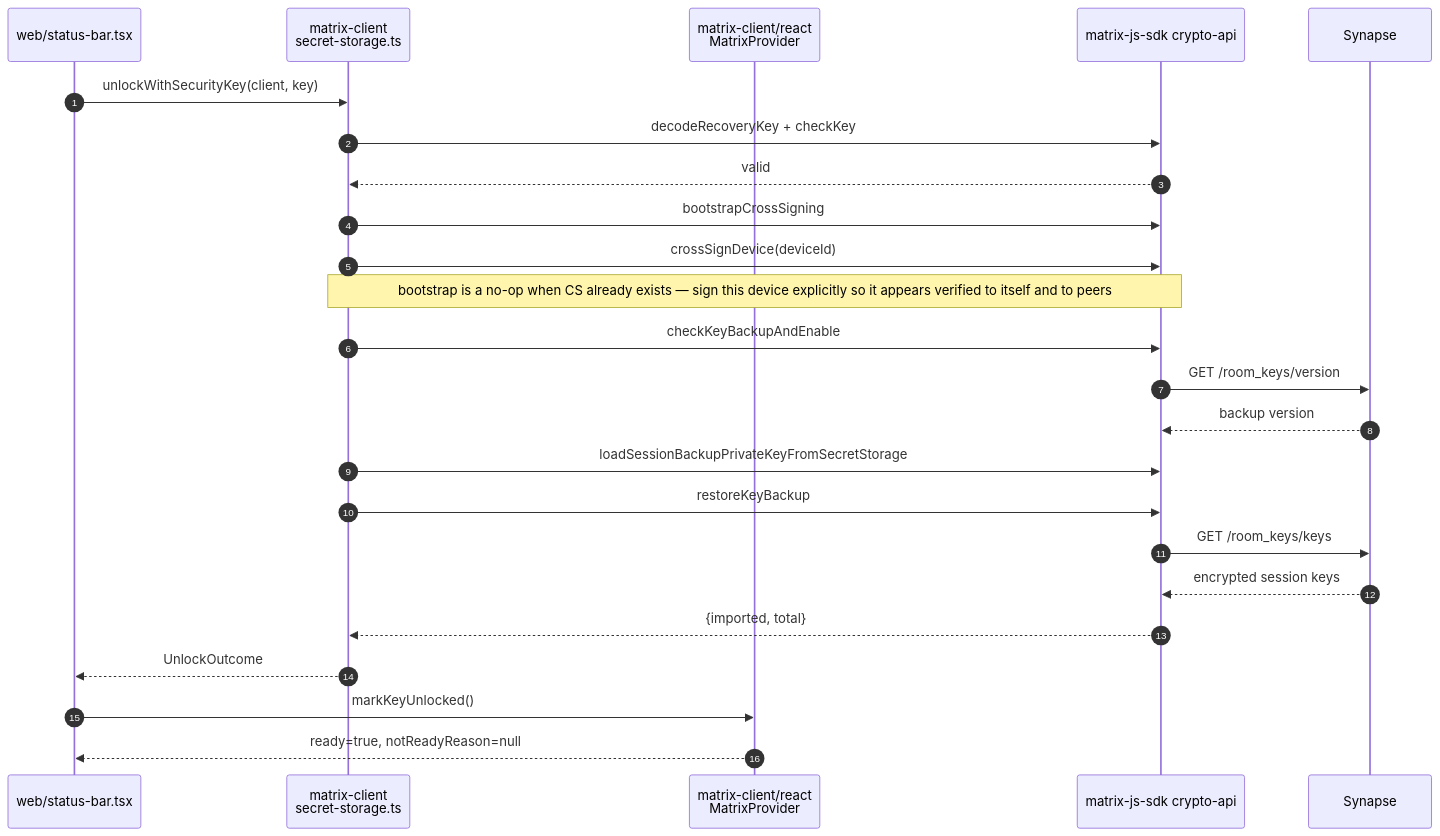
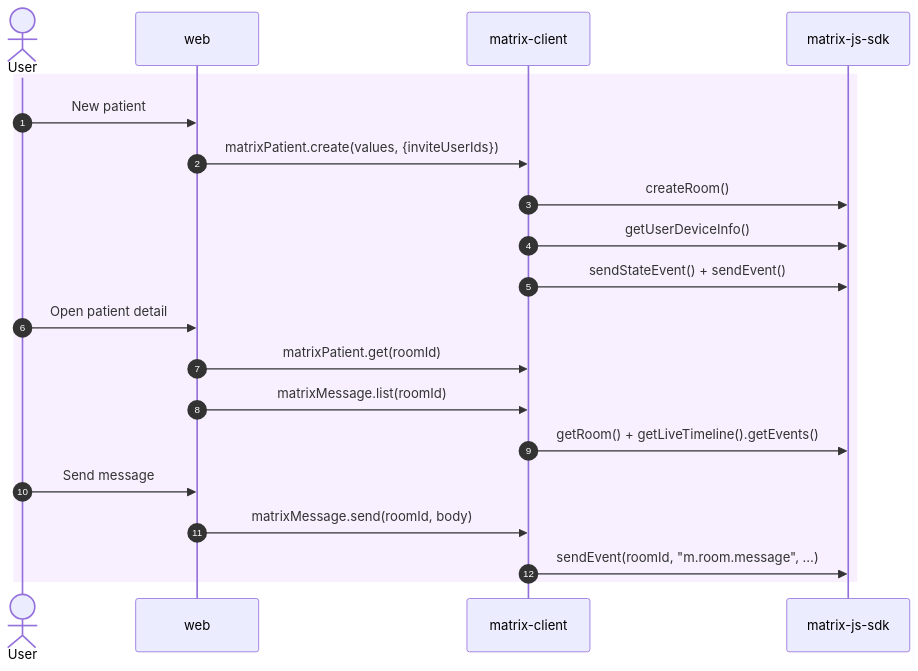
Before and after one commit to tini-works/e2ee-exploration: the second of 3 diagrams in README.md, drawn with Mermaid. The commit also changed other lines of this file and 63 other files, not shown here.

Commit message:
feat(attachments): encrypted file, inline preview, delete, timeline polish

````diff
--- a/README.md
+++ b/README.md
@@ -35,27 +43,25 @@
 ```mermaid
 sequenceDiagram
-    autonumber
-    participant UI as web/status-bar.tsx
-    participant Core as matrix-client<br/>secret-storage.ts
-    participant Hook as matrix-client/react<br/>MatrixProvider
-    participant SDK as matrix-js-sdk crypto-api
-    participant HS as Synapse
+  autonumber
+  actor U as User
+  participant W as web
+  participant MC as matrix-client
+  participant SDK as matrix-js-sdk
 
-    UI->>Core: unlockWithSecurityKey(client, key)
-    Core->>SDK: decodeRecoveryKey + checkKey
-    SDK-->>Core: valid
-    Core->>SDK: bootstrapCrossSigning
-    Core->>SDK: crossSignDevice(deviceId)
-    Note over Core,SDK: bootstrap is a no-op when CS already exists — sign this device explicitly so it appears verified to itself and to peers
-    Core->>SDK: checkKeyBackupAndEnable
-    SDK->>HS: GET /room_keys/version
-    HS-->>SDK: backup version
-    Core->>SDK: loadSessionBackupPrivateKeyFromSecretStorage
-    Core->>SDK: restoreKeyBackup
-    SDK->>HS: GET /room_keys/keys
-    HS-->>SDK: encrypted session keys
-    SDK-->>Core: {imported, total}
-    Core-->>UI: UnlockOutcome
-    UI->>Hook: markKeyUnlocked()
-    Hook-->>UI: ready=true, notReadyReason=null
+  rect rgb(248, 240, 255)
+  U->>W: New patient
+  W->>MC: matrixPatient.create(values, {inviteUserIds})
+  MC->>SDK: createRoom()
+  MC->>SDK: getUserDeviceInfo()
+  MC->>SDK: sendStateEvent() + sendEvent()
+
+  U->>W: Open patient detail
+  W->>MC: matrixPatient.get(roomId)
+  W->>MC: matrixMessage.list(roomId)
+  MC->>SDK: getRoom() + getLiveTimeline().getEvents()
+
+  U->>W: Send message
+  W->>MC: matrixMessage.send(roomId, body)
+  MC->>SDK: sendEvent(roomId, "m.room.message", …)
+  end
 ```
````
